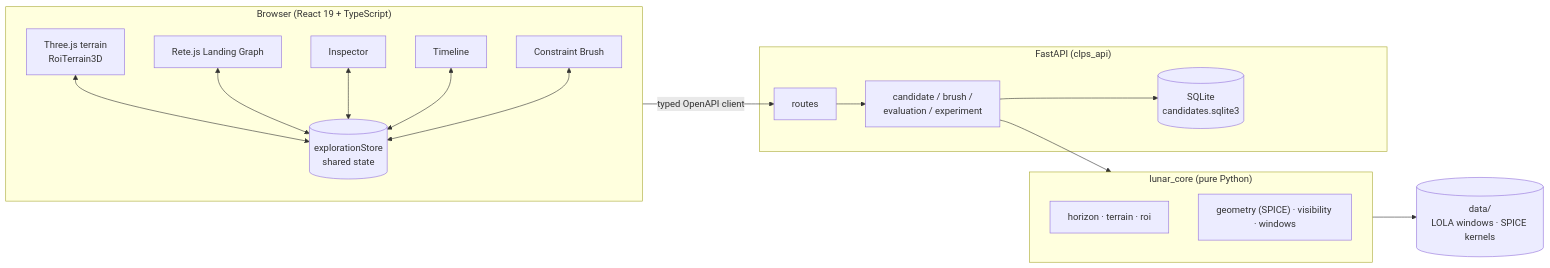
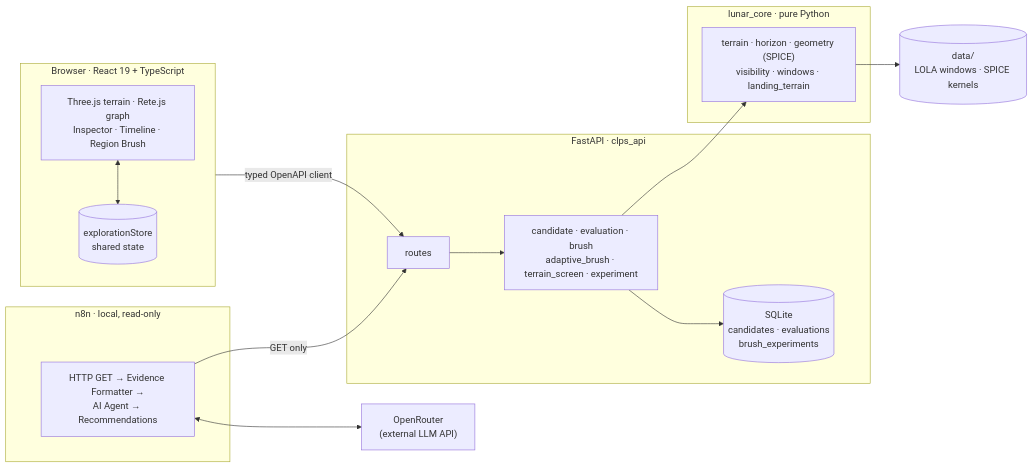
The second of 2 diagrams in README.md (ramesys/LUNAR-P-OPS), drawn with Mermaid before and after one commit. The commit also changed other lines of this file and 6 other files, not shown here.

````diff
--- a/README.md
+++ b/README.md
@@ -79,26 +115,24 @@
 ```mermaid
 flowchart LR
-    subgraph Browser["Browser (React 19 + TypeScript)"]
-        T["Three.js terrain<br/>RoiTerrain3D"]
-        G["Rete.js Landing Graph"]
-        I["Inspector"]
-        TL["Timeline"]
-        B["Constraint Brush"]
+    subgraph Browser["Browser · React 19 + TypeScript"]
+        UI["Three.js terrain · Rete.js graph<br/>Inspector · Timeline · Region Brush"]
         S[("explorationStore<br/>shared state")]
-        T & G & I & TL & B <--> S
+        UI <--> S
     end
-    subgraph API["FastAPI (clps_api)"]
-        R["routes"]
-        C["candidate / brush /<br/>evaluation / experiment"]
-        DB[("SQLite<br/>candidates.sqlite3")]
+    subgraph API["FastAPI · clps_api"]
+        R["routes"] --> M["candidate · evaluation · brush<br/>adaptive_brush · terrain_screen · experiment"]
+        M --> DB[("SQLite<br/>candidates · evaluations<br/>brush_experiments")]
     end
-    subgraph Core["lunar_core (pure Python)"]
-        H["horizon · terrain · roi"]
-        SP["geometry (SPICE) · visibility · windows"]
+    subgraph Core["lunar_core · pure Python"]
+        K["terrain · horizon · geometry (SPICE)<br/>visibility · windows · landing_terrain"]
     end
     DATA[("data/<br/>LOLA windows · SPICE kernels")]
+    subgraph N8N["n8n · local, read-only"]
+        W["HTTP GET → Evidence Formatter →<br/>AI Agent → Recommendations"]
+    end
+    OR["OpenRouter<br/>(external LLM API)"]
     Browser -- "typed OpenAPI client" --> R
-    R --> C --> Core
-    C --> DB
-    Core --> DATA
+    M --> K --> DATA
+    W -- "GET only" --> R
+    W <--> OR
 ```
````
